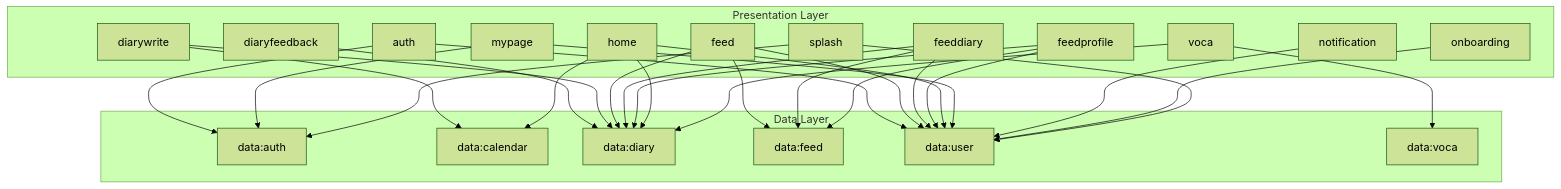
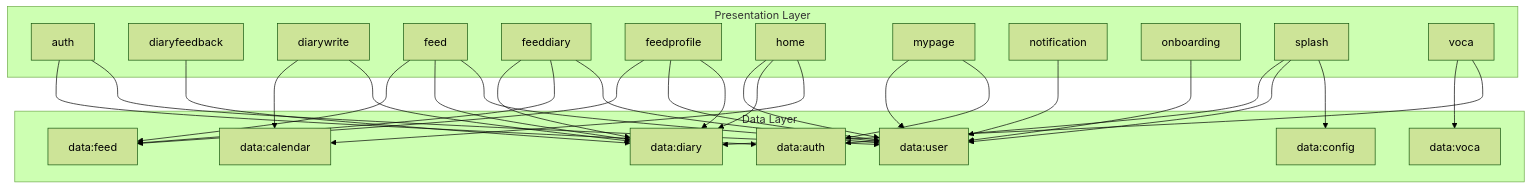
Before and after one commit to Hi-lingual/Hilingual-Android: the second of 4 diagrams in README.md, drawn with Mermaid (forest theme). The commit also changed other lines of this file, not shown here.

First line of the commit message:
docs: update module dependency graph in README

````diff
--- a/README.md
+++ b/README.md
@@ -56,52 +56,54 @@
 ```mermaid
 graph TD
     subgraph Presentation Layer
         auth["auth"]
         diaryfeedback["diaryfeedback"]
         diarywrite["diarywrite"]
         feed["feed"]
         feeddiary["feeddiary"]
         feedprofile["feedprofile"]
         home["home"]
         mypage["mypage"]
         notification["notification"]
         onboarding["onboarding"]
         splash["splash"]
         voca["voca"]
     end
 
     subgraph Data Layer
         data_auth["data:auth"]
         data_calendar["data:calendar"]
+        data_config["data:config"]
         data_diary["data:diary"]
         data_feed["data:feed"]
         data_user["data:user"]
         data_voca["data:voca"]
     end
 
     auth --> data_auth
     auth --> data_user
     diaryfeedback --> data_diary
     diarywrite --> data_calendar
     diarywrite --> data_diary
     feed --> data_feed
     feed --> data_diary
     feed --> data_user
     feeddiary --> data_diary
     feeddiary --> data_feed
     feeddiary --> data_user
     feedprofile --> data_feed
     feedprofile --> data_user
     feedprofile --> data_diary
     home --> data_user
     home --> data_diary
     home --> data_calendar
     mypage --> data_user
     mypage --> data_auth
     notification --> data_user
     onboarding --> data_user
     splash --> data_auth
     splash --> data_user
+    splash --> data_config
     voca --> data_voca
     voca --> data_diary
 ```
````
